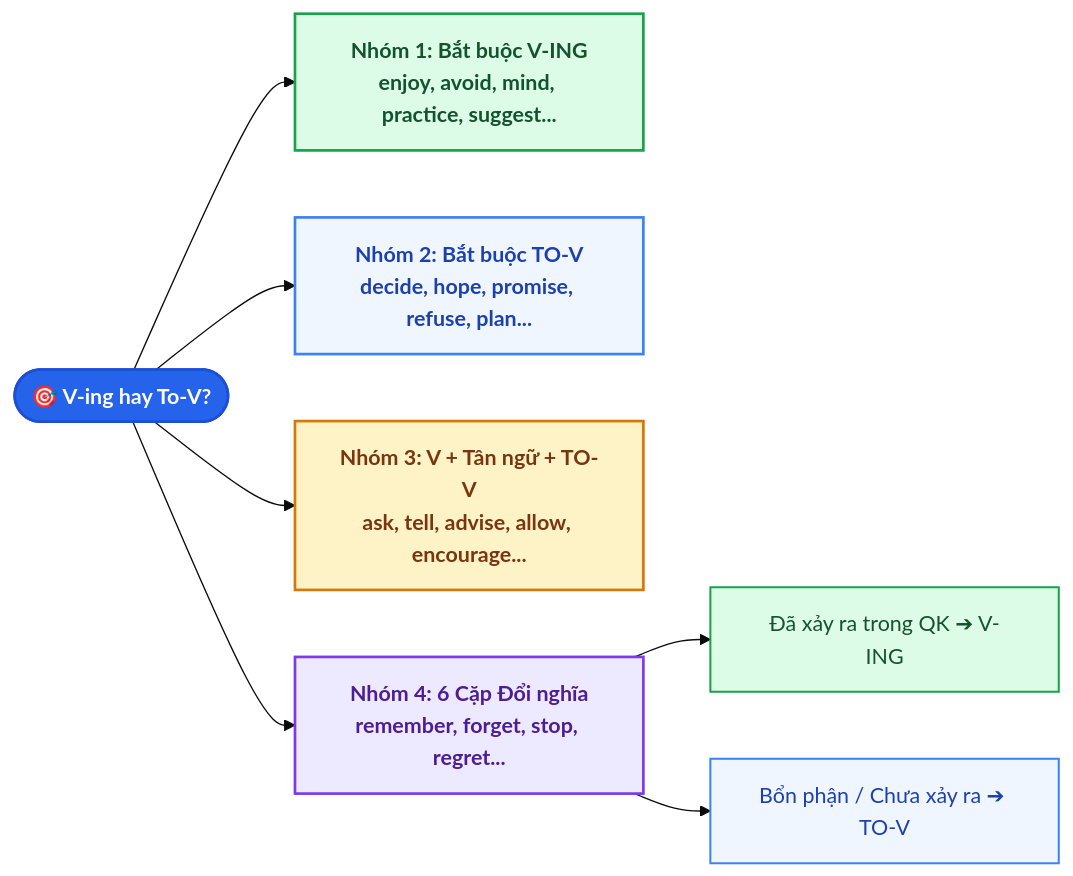
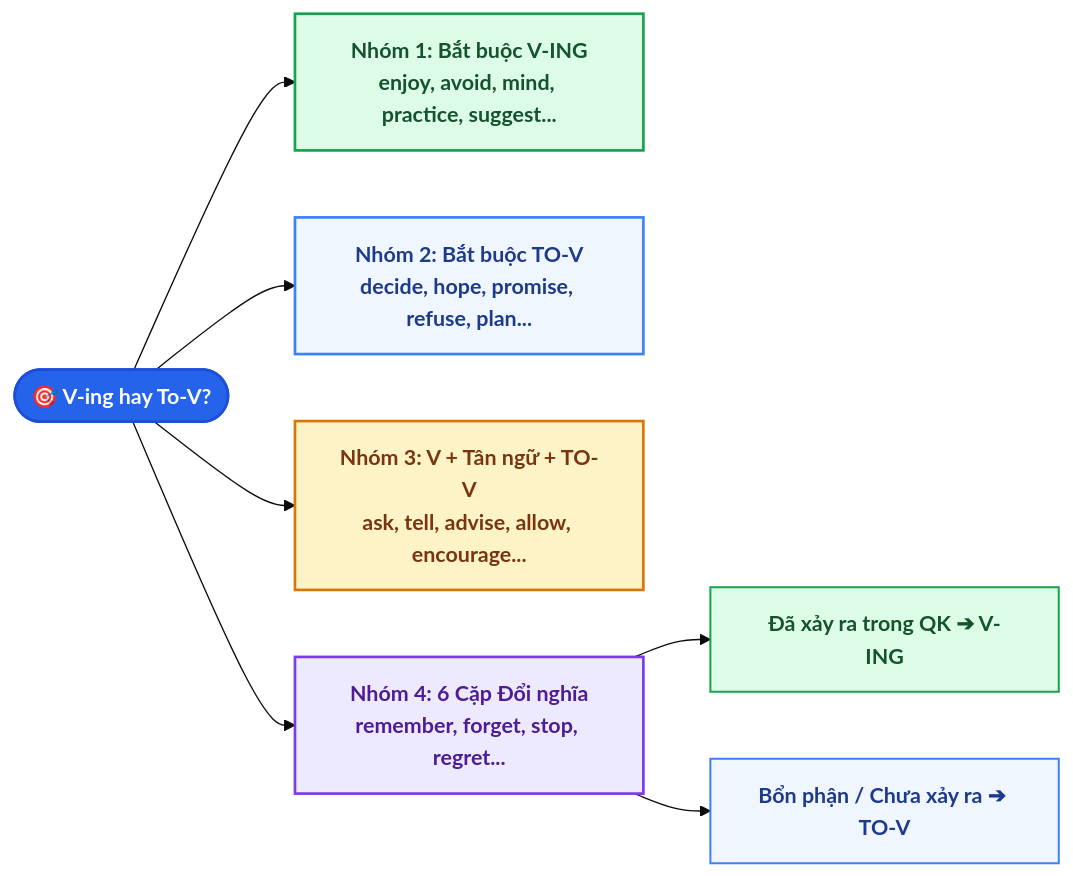
The diagram in EnglishDocs/docs/lessons/chuyen_de_2_ving_to_v_mastery.md (tuankiet2510/Grade10Entrance), drawn with Mermaid (base theme) before and after one commit. The commit also changed 14 other files, not shown here.

Commit message:
fix(ui): resolve Mermaid dark/light contrast issue across all English lessons

````diff
--- a/EnglishDocs/docs/lessons/chuyen_de_2_ving_to_v_mastery.md
+++ b/EnglishDocs/docs/lessons/chuyen_de_2_ving_to_v_mastery.md
@@ -12,18 +12,18 @@
 ```mermaid
 flowchart LR
     A(["🎯 V-ing hay To-V?"]) --> B["Nhóm 1: Bắt buộc V-ING<br/>enjoy, avoid, mind, practice, suggest..."]
     A --> C["Nhóm 2: Bắt buộc TO-V<br/>decide, hope, promise, refuse, plan..."]
     A --> D["Nhóm 3: V + Tân ngữ + TO-V<br/>ask, tell, advise, allow, encourage..."]
     A --> E["Nhóm 4: 6 Cặp Đổi nghĩa<br/>remember, forget, stop, regret..."]
     
     E --> E1["Đã xảy ra trong QK ➔ V-ING"]
     E --> E2["Bổn phận / Chưa xảy ra ➔ TO-V"]
     
     style A fill:#2563eb,stroke:#1d4ed8,stroke-width:2px,color:#ffffff,font-weight:bold
     style B fill:#dcfce7,stroke:#16a34a,stroke-width:2px,color:#14532d,font-weight:bold
-    style C fill:#eff6ff,stroke:#3b82f6,stroke-width:2px,color:#1e40af,font-weight:bold
+    style C fill:#eff6ff,stroke:#3b82f6,stroke-width:2px,color:#1e3a8a,font-weight:bold
     style D fill:#fef3c7,stroke:#d97706,stroke-width:2px,color:#78350f,font-weight:bold
     style E fill:#ede9fe,stroke:#7c3aed,stroke-width:2px,color:#4c1d95,font-weight:bold
-    style E1 fill:#dcfce7,stroke:#16a34a,stroke-width:1.5px,color:#14532d
-    style E2 fill:#eff6ff,stroke:#3b82f6,stroke-width:1.5px,color:#1e40af
+    style E1 fill:#dcfce7,stroke:#16a34a,stroke-width:1.5px,color:#14532d,font-weight:bold
+    style E2 fill:#eff6ff,stroke:#3b82f6,stroke-width:1.5px,color:#1e3a8a,font-weight:bold
 ```
````
